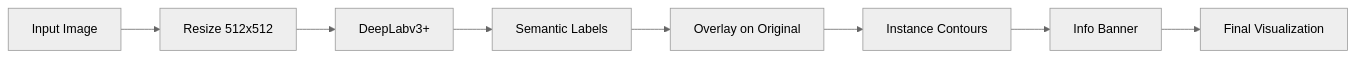
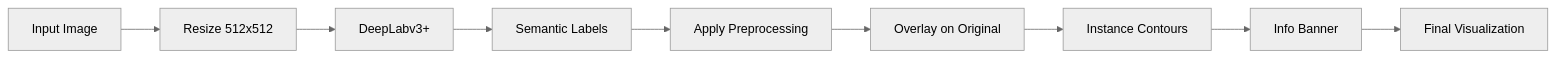
Before and after one commit to YoRzHe-HotaaRu/CSC566-Mini-Project-ClaRity: the third of 5 diagrams in REPORT.md, drawn with Mermaid (neutral theme). The commit also changed other lines of this file and 1 other file, not shown here.

````diff
--- a/REPORT.md
+++ b/REPORT.md
@@ -156,10 +191,11 @@
 ```mermaid
 flowchart LR
     A[Input Image] --> B[Resize 512x512]
     B --> C[DeepLabv3+]
     C --> D[Semantic Labels]
-    D --> E[Overlay on Original]
-    E --> F[Instance Contours]
-    F --> G[Info Banner]
-    G --> H[Final Visualization]
+    D --> E[Apply Preprocessing]
+    E --> F[Overlay on Original]
+    F --> G[Instance Contours]
+    G --> H[Info Banner]
+    H --> I[Final Visualization]
 ```
````
